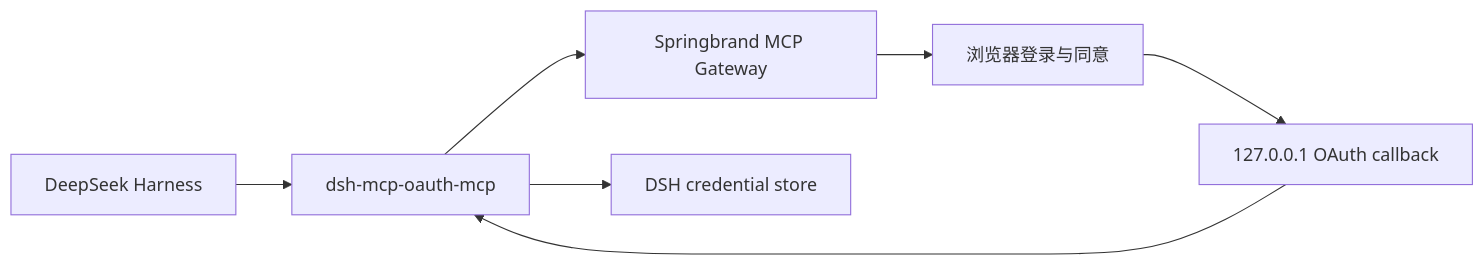
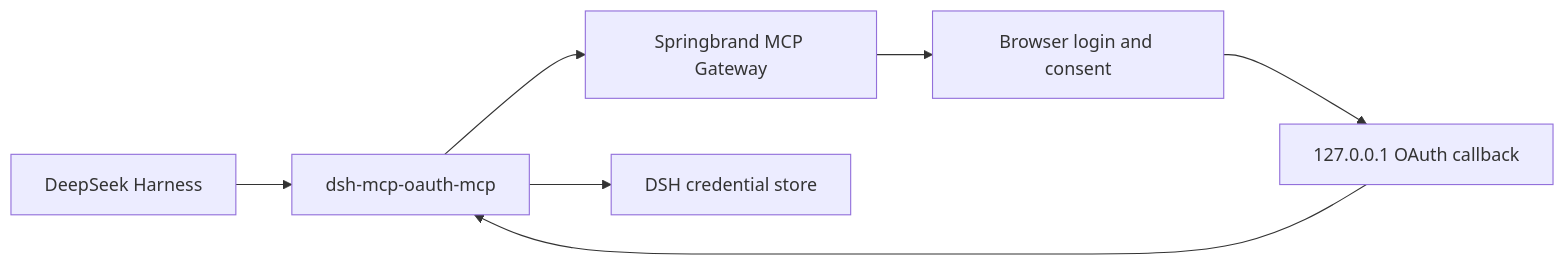
The diagram in README.md (hualiong/dsh-oauth-mcp-client), drawn with Mermaid before and after one commit. The commit also changed other lines of this file, not shown here.

````diff
--- a/README.md
+++ b/README.md
@@ -10,9 +12,9 @@
 ```mermaid
 flowchart LR
   DSH["DeepSeek Harness"] --> Plugin["dsh-mcp-oauth-mcp"]
   Plugin --> Gateway["Springbrand MCP Gateway"]
-  Gateway --> Browser["浏览器登录与同意"]
+  Gateway --> Browser["Browser login and consent"]
   Browser --> Callback["127.0.0.1 OAuth callback"]
   Callback --> Plugin
   Plugin --> Credentials["DSH credential store"]
 ```
````
